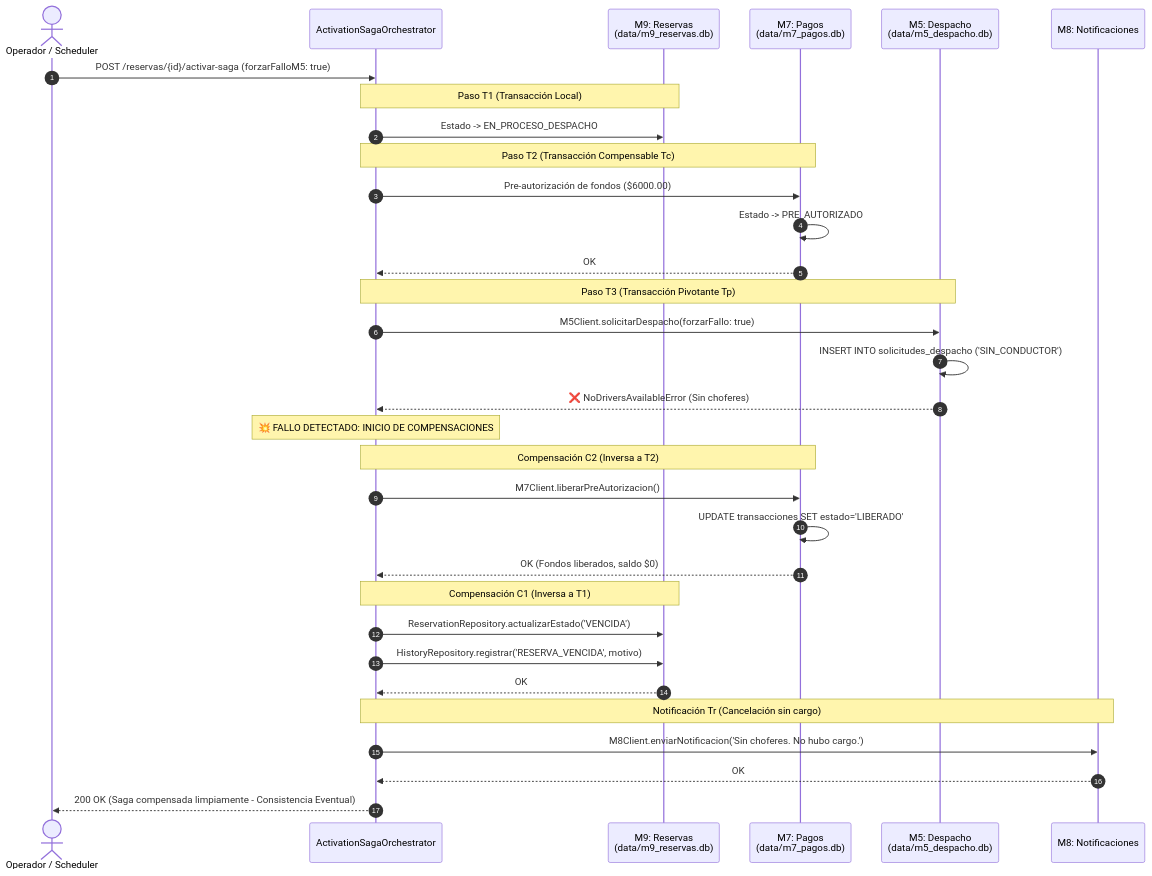
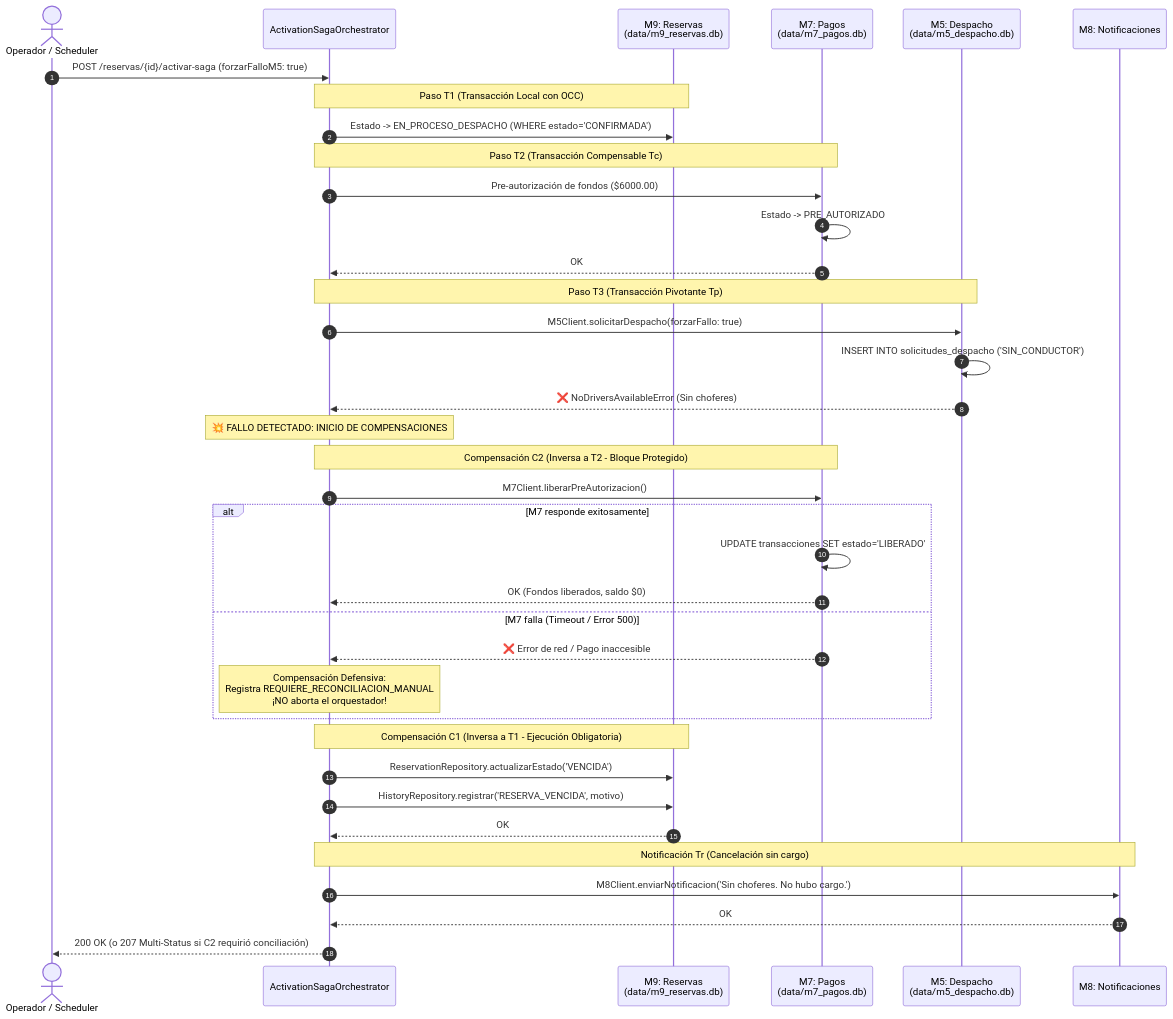
One commit to AkaTydas/TPI-DS-2026-Testing changed the third of 3 diagrams in Explicaciones/manual_implementacion_saga_database_per_service.md. Above: the diagram before and after it, drawn with Mermaid. The commit also changed other lines of this file and 4 other files, not shown here.

Commit message:
Update roadmap and layout

````diff
--- a/Explicaciones/manual_implementacion_saga_database_per_service.md
+++ b/Explicaciones/manual_implementacion_saga_database_per_service.md
@@ -246,42 +252,47 @@
 ```mermaid
 sequenceDiagram
     autonumber
     actor Operador as Operador / Scheduler
     participant Saga as ActivationSagaOrchestrator
     participant M9 as M9: Reservas<br/>(data/m9_reservas.db)
     participant M7 as M7: Pagos<br/>(data/m7_pagos.db)
     participant M5 as M5: Despacho<br/>(data/m5_despacho.db)
     participant M8 as M8: Notificaciones
 
     Operador->>Saga: POST /reservas/{id}/activar-saga (forzarFalloM5: true)
     
-    Note over Saga,M9: Paso T1 (Transacción Local)
-    Saga->>M9: Estado -> EN_PROCESO_DESPACHO
+    Note over Saga,M9: Paso T1 (Transacción Local con OCC)
+    Saga->>M9: Estado -> EN_PROCESO_DESPACHO (WHERE estado='CONFIRMADA')
     
     Note over Saga,M7: Paso T2 (Transacción Compensable Tc)
     Saga->>M7: Pre-autorización de fondos ($6000.00)
     M7->>M7: Estado -> PRE_AUTORIZADO
     M7-->>Saga: OK
 
     Note over Saga,M5: Paso T3 (Transacción Pivotante Tp)
     Saga->>M5: M5Client.solicitarDespacho(forzarFallo: true)
     M5->>M5: INSERT INTO solicitudes_despacho ('SIN_CONDUCTOR')
     M5-->>Saga: ❌ NoDriversAvailableError (Sin choferes)
 
     Note over Saga: 💥 FALLO DETECTADO: INICIO DE COMPENSACIONES
     
-    Note over Saga,M7: Compensación C2 (Inversa a T2)
+    Note over Saga,M7: Compensación C2 (Inversa a T2 - Bloque Protegido)
     Saga->>M7: M7Client.liberarPreAutorizacion()
-    M7->>M7: UPDATE transacciones SET estado='LIBERADO'
-    M7-->>Saga: OK (Fondos liberados, saldo $0)
+    alt M7 responde exitosamente
+        M7->>M7: UPDATE transacciones SET estado='LIBERADO'
+        M7-->>Saga: OK (Fondos liberados, saldo $0)
+    else M7 falla (Timeout / Error 500)
+        M7-->>Saga: ❌ Error de red / Pago inaccesible
+        Note over Saga: Compensación Defensiva:<br/>Registra REQUIERE_RECONCILIACION_MANUAL<br/>¡NO aborta el orquestador!
+    end
 
-    Note over Saga,M9: Compensación C1 (Inversa a T1)
+    Note over Saga,M9: Compensación C1 (Inversa a T1 - Ejecución Obligatoria)
     Saga->>M9: ReservationRepository.actualizarEstado('VENCIDA')
     Saga->>M9: HistoryRepository.registrar('RESERVA_VENCIDA', motivo)
     M9-->>Saga: OK
 
     Note over Saga,M8: Notificación Tr (Cancelación sin cargo)
     Saga->>M8: M8Client.enviarNotificacion('Sin choferes. No hubo cargo.')
     M8-->>Saga: OK
-    Saga-->>Operador: 200 OK (Saga compensada limpiamente - Consistencia Eventual)
+    Saga-->>Operador: 200 OK (o 207 Multi-Status si C2 requirió conciliación)
 ```
````
